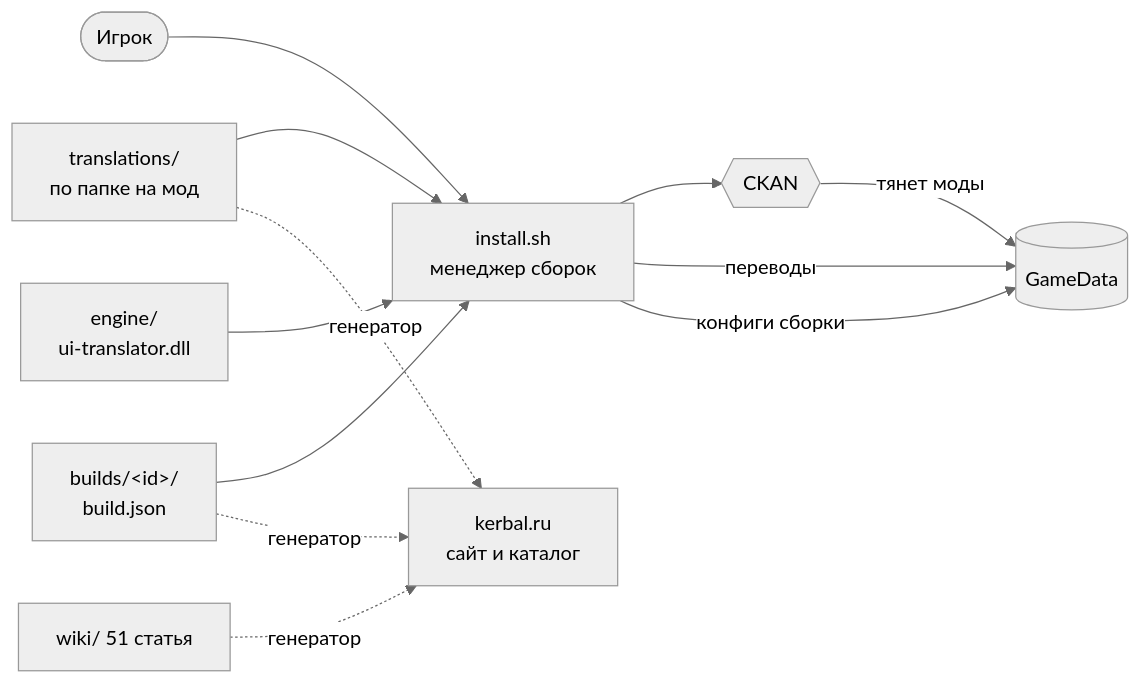
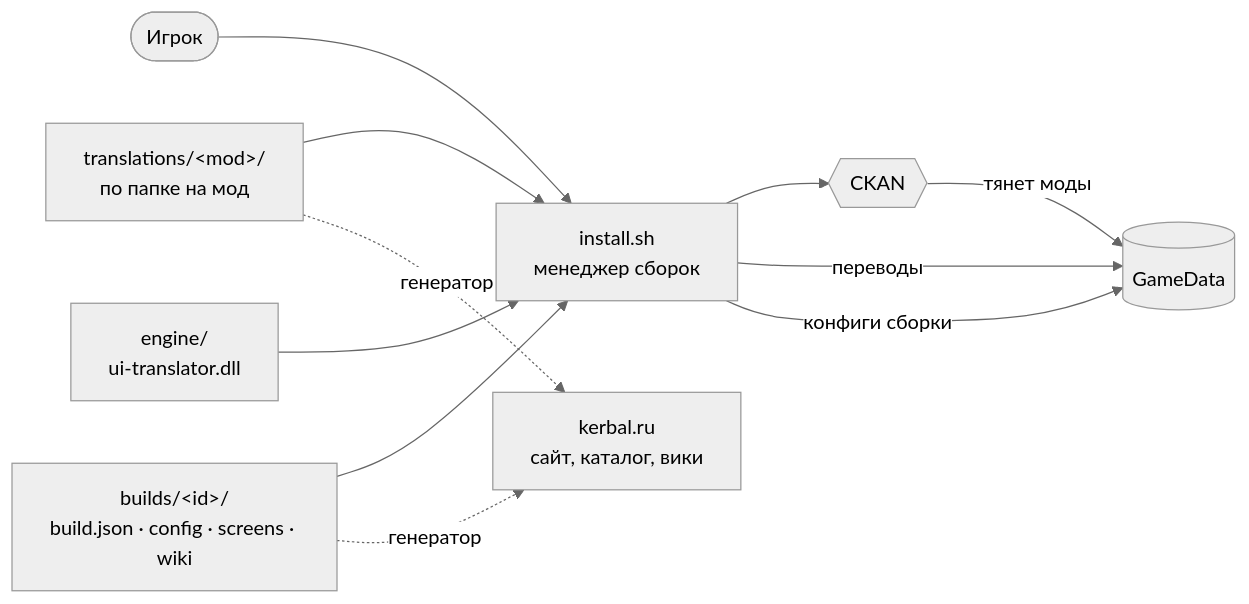
Before and after one commit to plagness/kerbal.ru: the diagram in README.md, drawn with Mermaid (neutral theme). The commit also changed other lines of this file and 135 other files, not shown here.

````diff
--- a/README.md
+++ b/README.md
@@ -34,16 +34,15 @@
 ```mermaid
 flowchart LR
   U([Игрок]) --> I[install.sh<br/>менеджер сборок]
   I --> C{{CKAN}}
   C -->|тянет моды| G[(GameData)]
   I -->|переводы| G
   I -->|конфиги сборки| G
 
-  T[translations/<br/>по папке на мод] --> I
-  B[builds/&lt;id&gt;/<br/>build.json] --> I
+  T[translations/&lt;mod&gt;/<br/>по папке на мод] --> I
+  B[builds/&lt;id&gt;/<br/>build.json · config · screens · wiki] --> I
   E[engine/<br/>ui-translator.dll] --> I
 
-  T -.генератор.-> S[kerbal.ru<br/>сайт и каталог]
+  T -.генератор.-> S[kerbal.ru<br/>сайт, каталог, вики]
   B -.генератор.-> S
-  W[wiki/ 51 статья] -.генератор.-> S
 ```
````
